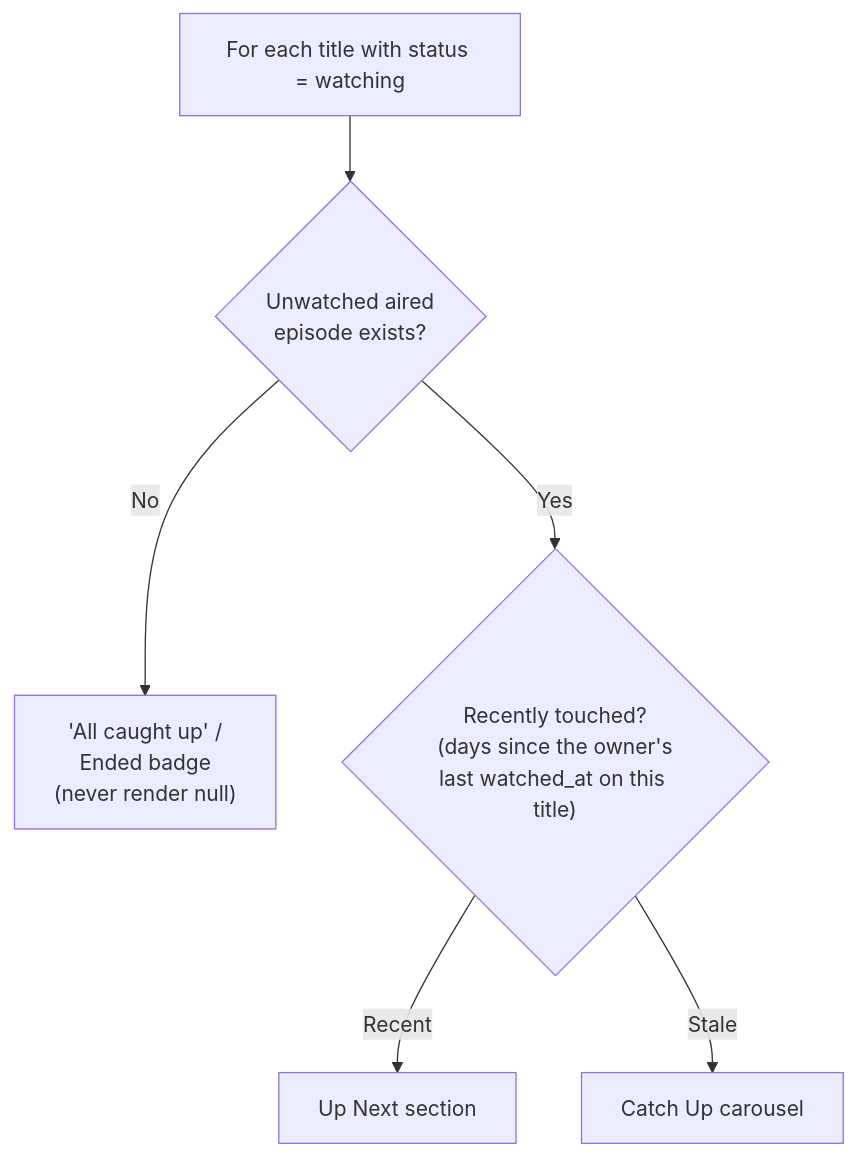
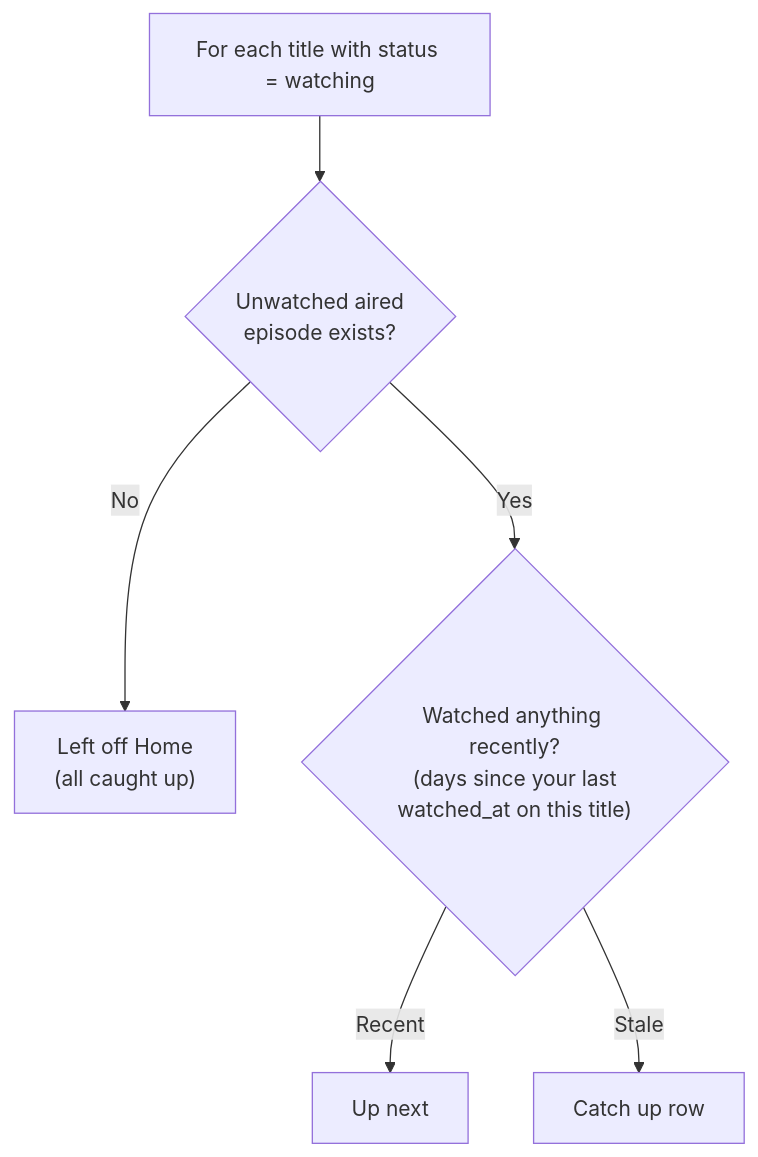
One commit to anshu-ravi/tv-tracker changed the seventh of 8 diagrams in README.md. Above: the diagram before and after it, drawn with Mermaid. The commit also changed other lines of this file and 11 other files, not shown here.

````diff
--- a/README.md
+++ b/README.md
@@ -396,8 +401,8 @@
 ```mermaid
 flowchart TD
     A["For each title with status = watching"] --> B{"Unwatched aired<br/>episode exists?"}
-    B -- No --> C["'All caught up' /<br/>Ended badge<br/>(never render null)"]
-    B -- Yes --> D{"Recently touched?<br/>(days since the owner's<br/>last watched_at on this title)"}
-    D -- Recent --> E["Up Next section"]
-    D -- Stale --> F["Catch Up carousel"]
+    B -- No --> C["Left off Home<br/>(all caught up)"]
+    B -- Yes --> D{"Watched anything recently?<br/>(days since your last<br/>watched_at on this title)"}
+    D -- Recent --> E["Up next"]
+    D -- Stale --> F["Catch up row"]
 ```
````
